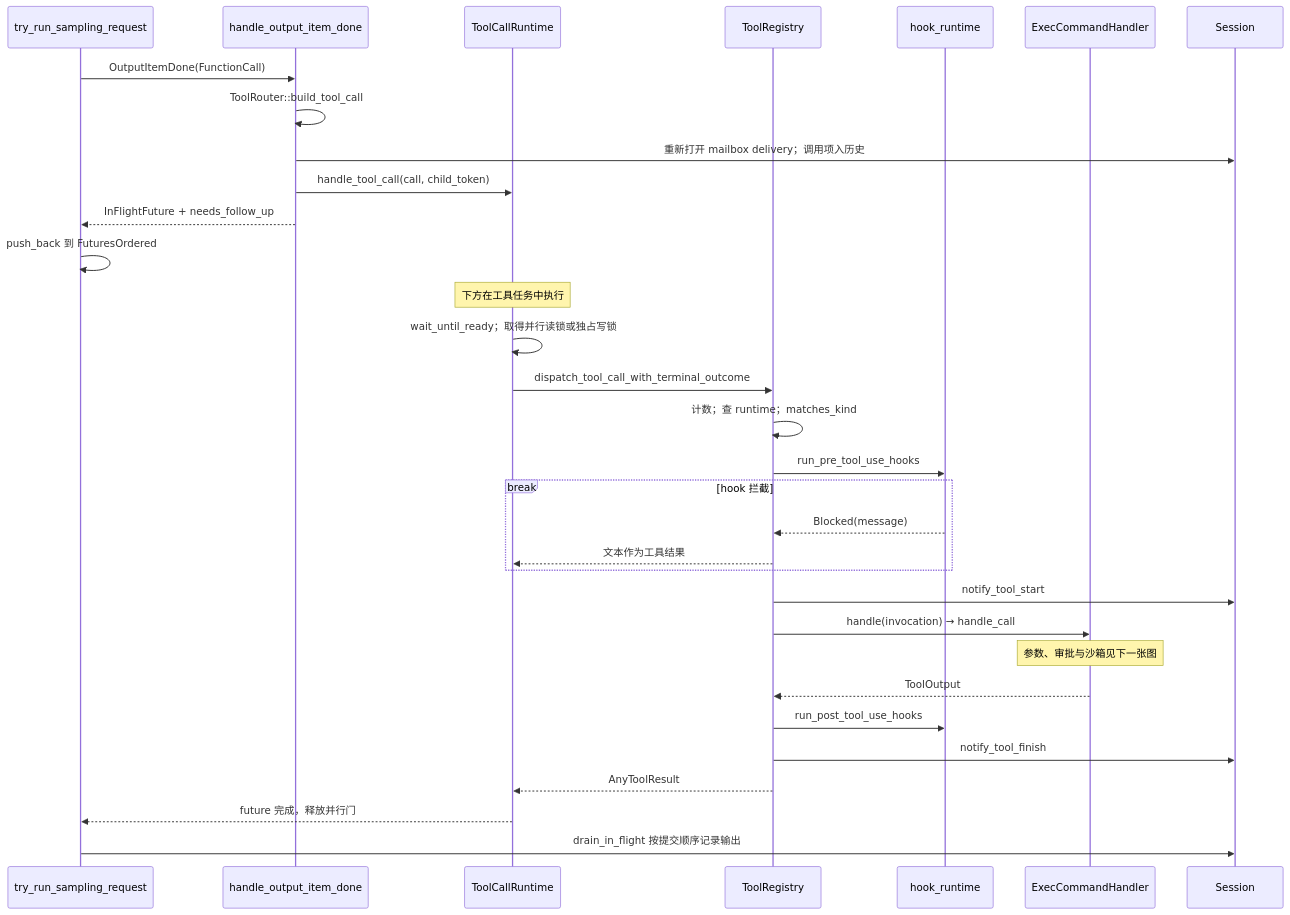
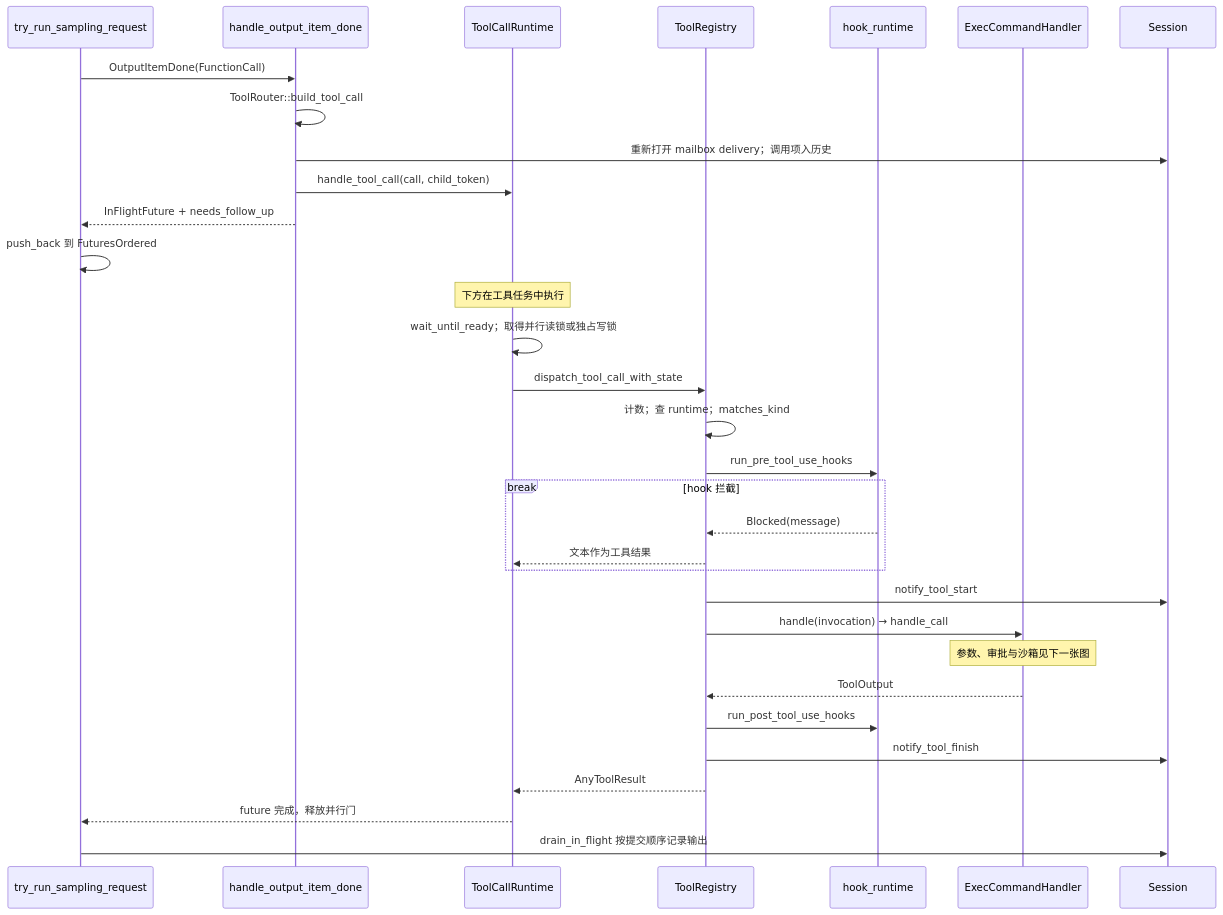
One commit to nickqiaoo/nickqiaoo.github.io changed diagram 21 of 32 in src/content/post/agents-codex/index.md. Above: the diagram before and after it, drawn with Mermaid. The commit also changed other lines of this file and 2 other files, not shown here.

````diff
--- a/src/content/post/agents-codex/index.md
+++ b/src/content/post/agents-codex/index.md
@@ -1387,34 +1424,34 @@
 ```mermaid
 sequenceDiagram
   participant SR as try_run_sampling_request
   participant HO as handle_output_item_done
   participant TR as ToolCallRuntime
   participant RG as ToolRegistry
   participant HK as hook_runtime
   participant H as ExecCommandHandler
   participant S as Session
   SR->>HO: OutputItemDone(FunctionCall)
   HO->>HO: ToolRouter::build_tool_call
   HO->>S: 重新打开 mailbox delivery；调用项入历史
   HO->>TR: handle_tool_call(call, child_token)
   HO-->>SR: InFlightFuture + needs_follow_up
   SR->>SR: push_back 到 FuturesOrdered
   Note over TR: 下方在工具任务中执行
   TR->>TR: wait_until_ready；取得并行读锁或独占写锁
-  TR->>RG: dispatch_tool_call_with_terminal_outcome
+  TR->>RG: dispatch_tool_call_with_state
   RG->>RG: 计数；查 runtime；matches_kind
   RG->>HK: run_pre_tool_use_hooks
   break hook 拦截
     HK-->>RG: Blocked(message)
     RG-->>TR: 文本作为工具结果
   end
   RG->>S: notify_tool_start
   RG->>H: handle(invocation) → handle_call
   Note over H: 参数、审批与沙箱见下一张图
   H-->>RG: ToolOutput
   RG->>HK: run_post_tool_use_hooks
   RG->>S: notify_tool_finish
   RG-->>TR: AnyToolResult
   TR-->>SR: future 完成，释放并行门
   SR->>S: drain_in_flight 按提交顺序记录输出
 ```
````
